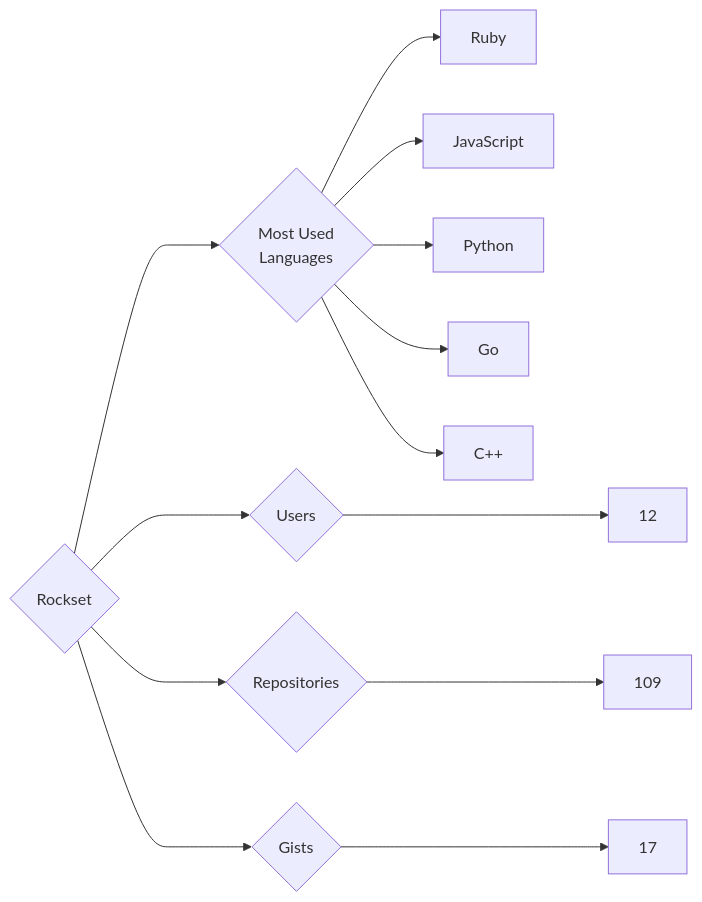
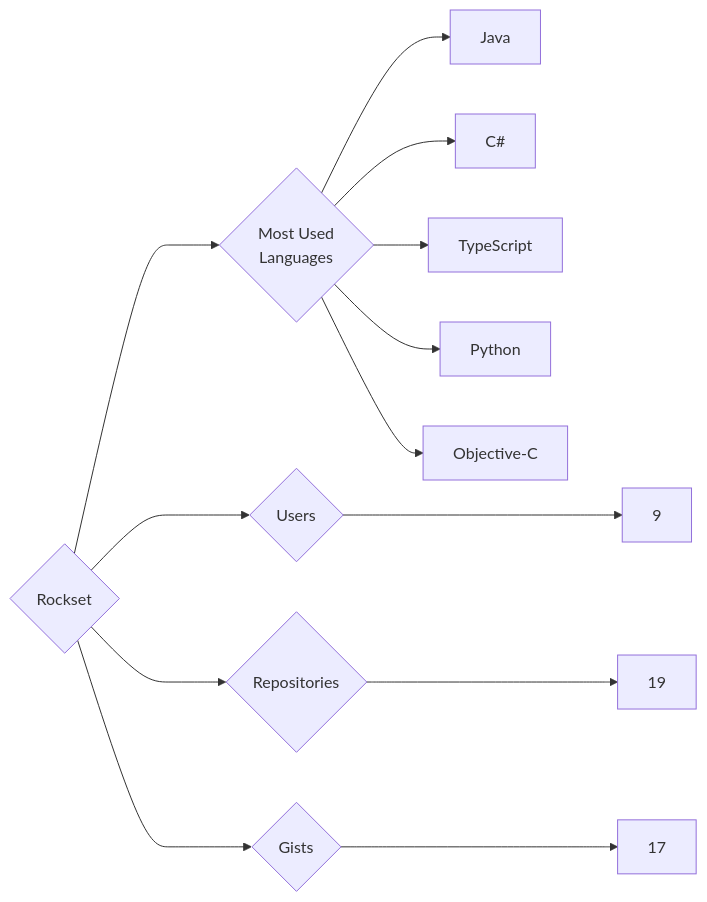
One commit to trickest/insiders changed the diagram in targets/Rockset/README.md. Above: the diagram before and after it, drawn with Mermaid. The commit also changed 582 other files, not shown here.

````diff
--- a/targets/Rockset/README.md
+++ b/targets/Rockset/README.md
@@ -3,13 +3,13 @@
 ```mermaid
 graph LR
 COMPANY_NAME{Rockset}
-COMPANY_NAME ---> U{Users} ---> UN[12]
-COMPANY_NAME ---> R{Repositories} ---> RN[109]
+COMPANY_NAME ---> U{Users} ---> UN[9]
+COMPANY_NAME ---> R{Repositories} ---> RN[19]
 COMPANY_NAME ---> G{Gists} ---> GN[17]
 COMPANY_NAME ---> ML{Most Used<br>Languages}
-ML --> Ruby[Ruby]
-ML --> JavaScript[JavaScript]
+ML --> Java[Java]
+ML --> C#[C#]
+ML --> TypeScript[TypeScript]
 ML --> Python[Python]
-ML --> Go[Go]
-ML --> C++[C++]
+ML --> Objective-C[Objective-C]
 ```
````
